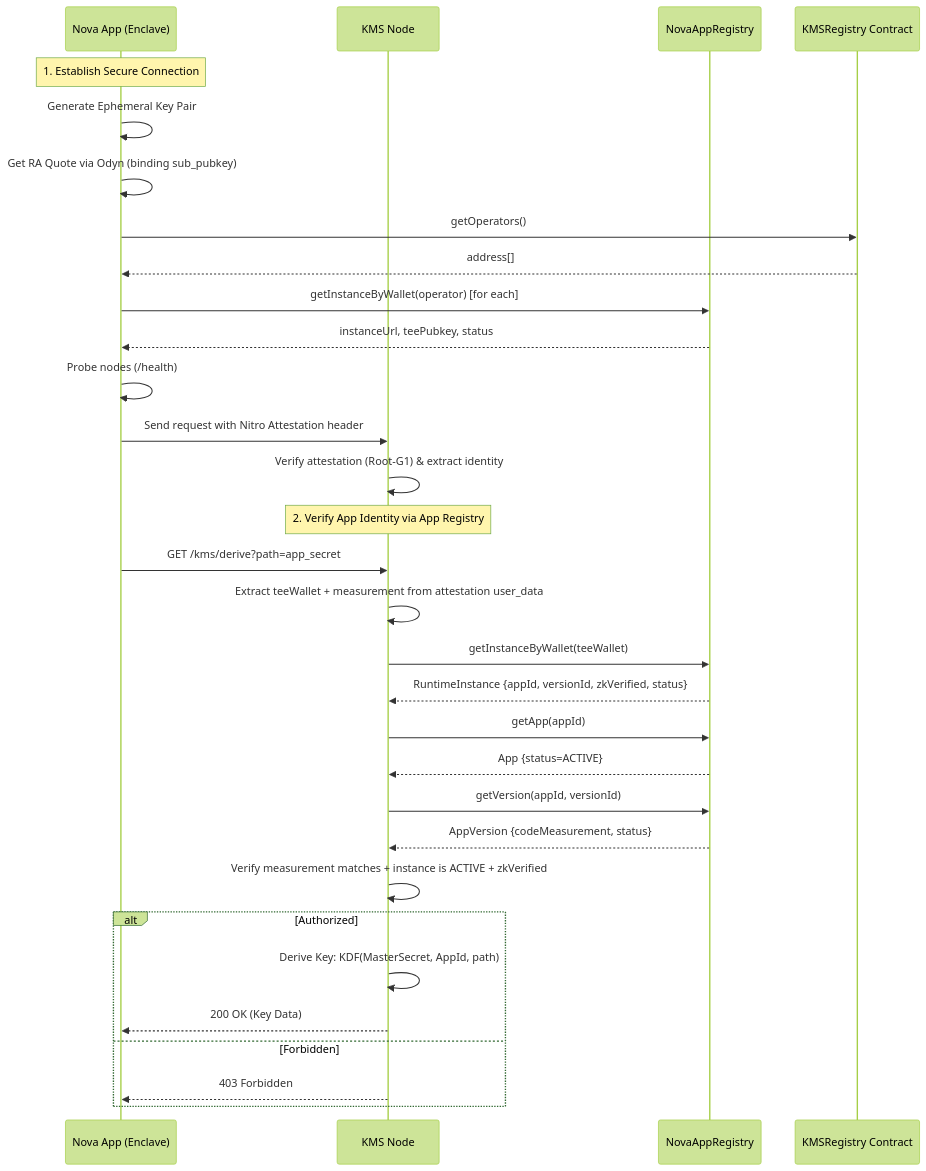
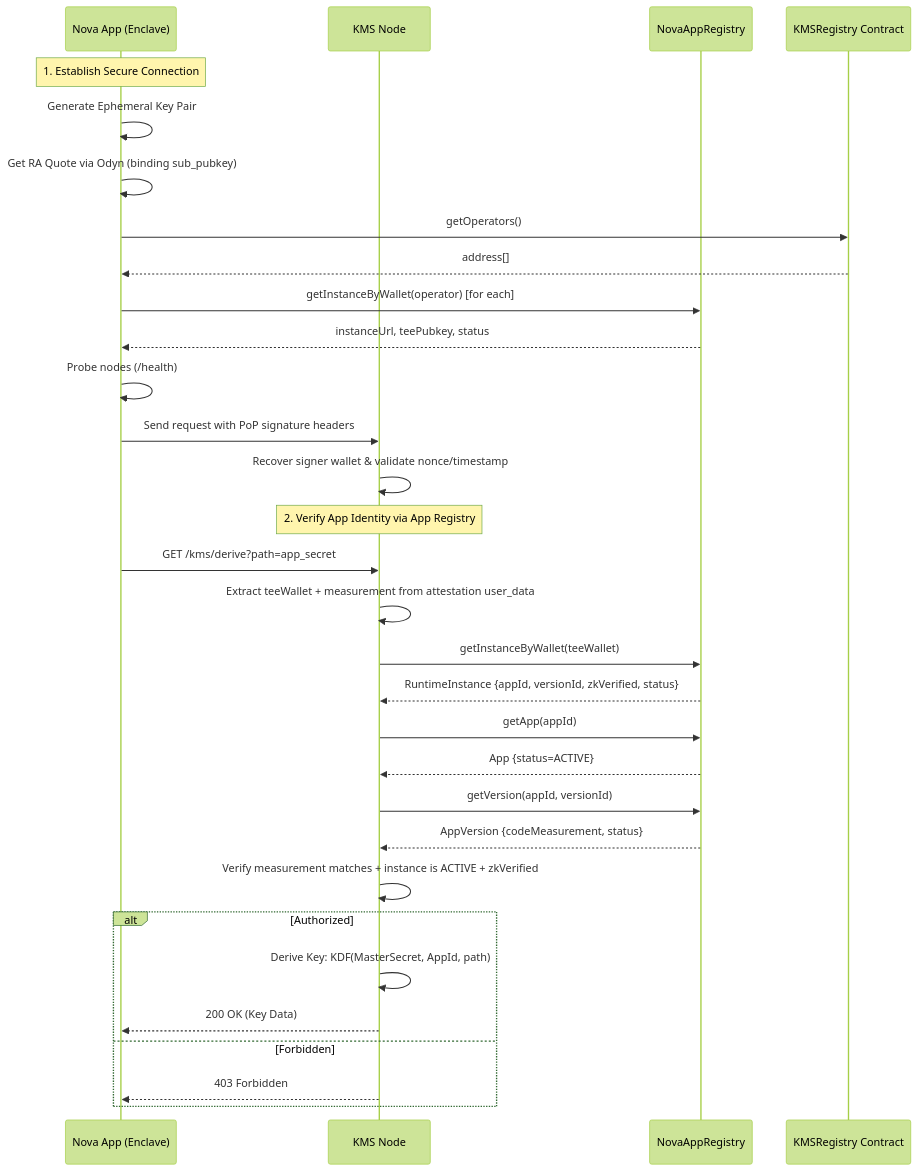
One commit to sparsity-xyz/nova-kms changed the third of 4 diagrams in docs/architecture.md. Above: the diagram before and after it, drawn with Mermaid (forest theme). The commit also changed other lines of this file and 17 other files, not shown here.

````diff
--- a/docs/architecture.md
+++ b/docs/architecture.md
@@ -243,39 +243,39 @@
 ```mermaid
 sequenceDiagram
     participant App as Nova App (Enclave)
     participant KMS as KMS Node
     participant AR as NovaAppRegistry
     participant KC as KMSRegistry Contract
     
     Note over App: 1. Establish Secure Connection
     App->>App: Generate Ephemeral Key Pair
     App->>App: Get RA Quote via Odyn (binding sub_pubkey)
     
     App->>KC: getOperators()
     KC-->>App: address[]
     App->>AR: getInstanceByWallet(operator) [for each]
     AR-->>App: instanceUrl, teePubkey, status
     App->>App: Probe nodes (/health)
     
-    App->>KMS: Send request with Nitro Attestation header
-    KMS->>KMS: Verify attestation (Root-G1) & extract identity
+    App->>KMS: Send request with PoP signature headers
+    KMS->>KMS: Recover signer wallet & validate nonce/timestamp
     
     Note over KMS: 2. Verify App Identity via App Registry
     App->>KMS: GET /kms/derive?path=app_secret
     KMS->>KMS: Extract teeWallet + measurement from attestation user_data
     
     KMS->>AR: getInstanceByWallet(teeWallet)
     AR-->>KMS: RuntimeInstance {appId, versionId, zkVerified, status}
     KMS->>AR: getApp(appId)
     AR-->>KMS: App {status=ACTIVE}
     KMS->>AR: getVersion(appId, versionId)
     AR-->>KMS: AppVersion {codeMeasurement, status}
     KMS->>KMS: Verify measurement matches + instance is ACTIVE + zkVerified
     
     alt Authorized
         KMS->>KMS: Derive Key: KDF(MasterSecret, AppId, path)
         KMS-->>App: 200 OK (Key Data)
     else Forbidden
         KMS-->>App: 403 Forbidden
     end
 ```
````
